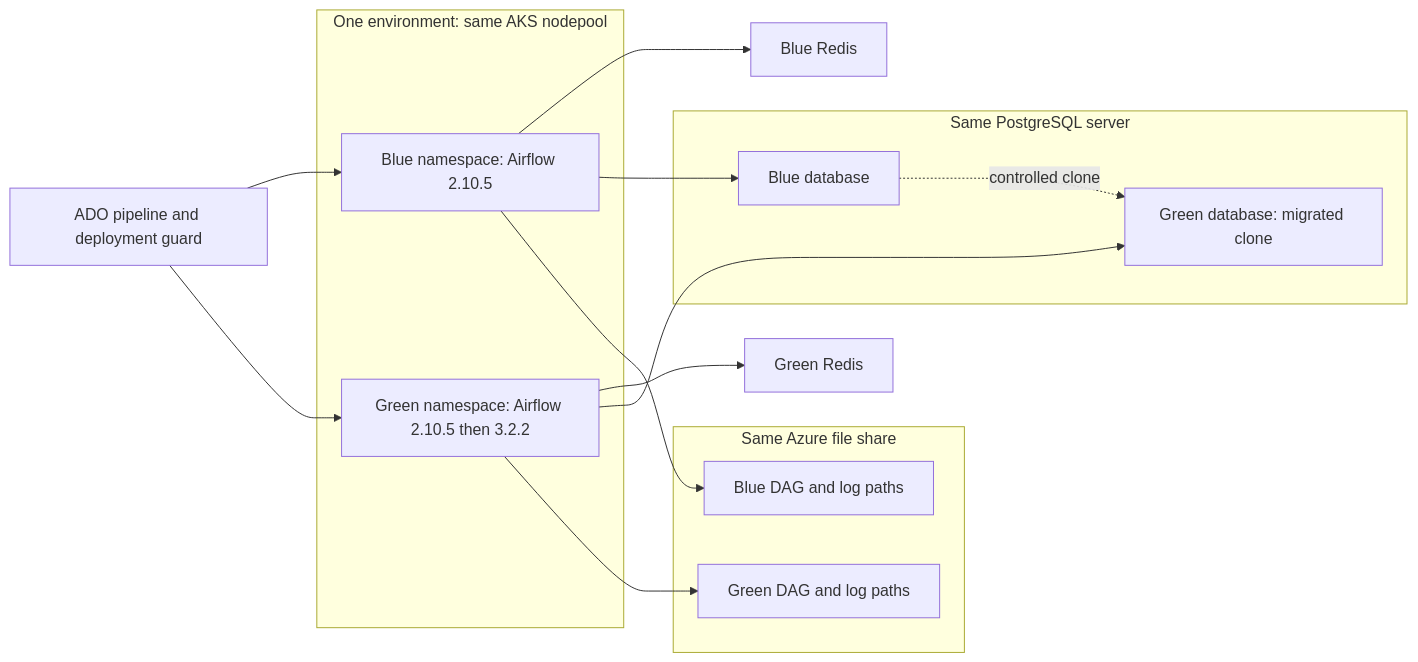
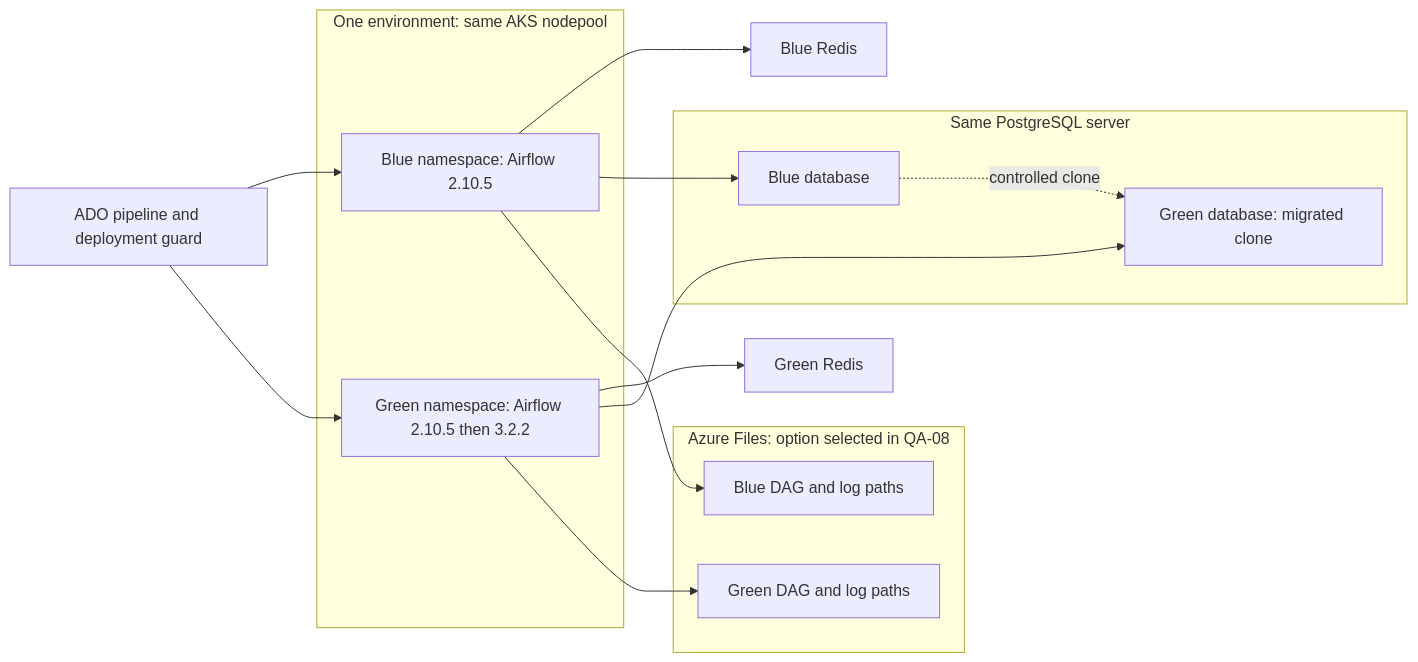
The first of 7 diagrams in airflow-migration-gitlab-backlog.md (soopersk/AF-SOLUTION), drawn with Mermaid before and after one commit. The commit also changed other lines of this file, not shown here.

````diff
--- a/airflow-migration-gitlab-backlog.md
+++ b/airflow-migration-gitlab-backlog.md
@@ -57,25 +57,25 @@
 ```mermaid
 flowchart LR
   ADO[ADO pipeline and deployment guard]
   subgraph ENV[One environment: same AKS nodepool]
     B[Blue namespace: Airflow 2.10.5]
     G[Green namespace: Airflow 2.10.5 then 3.2.2]
   end
   ADO --> B
   ADO --> G
   B --> RB[Blue Redis]
   G --> RG[Green Redis]
   subgraph PG[Same PostgreSQL server]
     DBB[Blue database]
     DBG[Green database: migrated clone]
   end
   B --> DBB
   G --> DBG
   DBB -. controlled clone .-> DBG
-  subgraph FILES[Same Azure file share]
+  subgraph FILES[Azure Files: option selected in QA-08]
     FB[Blue DAG and log paths]
     FG[Green DAG and log paths]
   end
   B --> FB
   G --> FG
 ```
````
